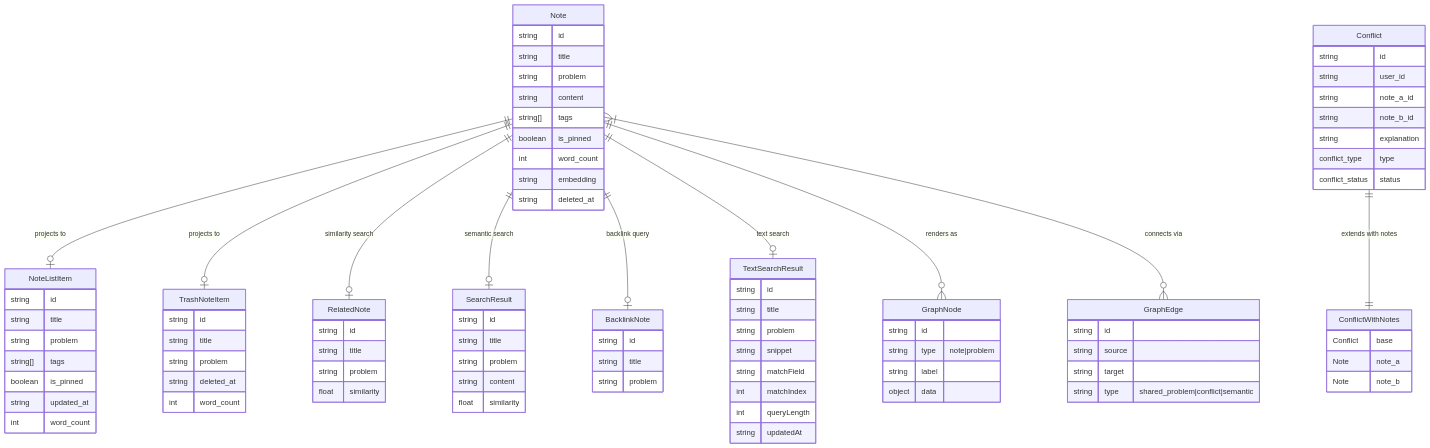
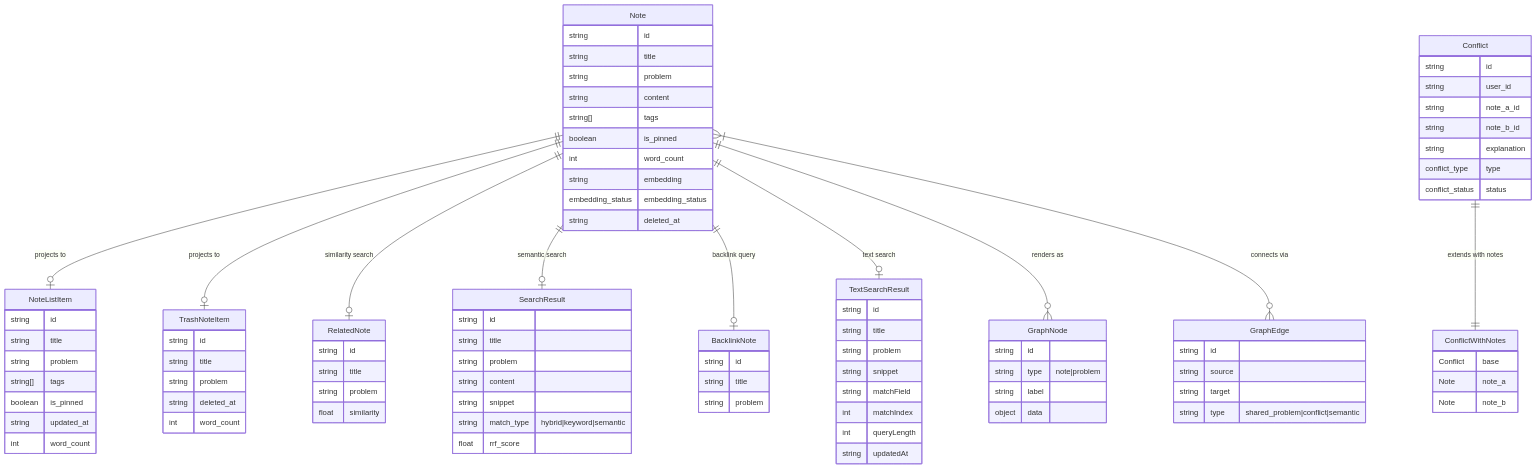
One commit to ForwardInfinity/pkm-ai-integration changed the second of 6 diagrams in DATA-MODEL.md. Above: the diagram before and after it, drawn with Mermaid. The commit also changed other lines of this file, not shown here.

```diff
--- a/DATA-MODEL.md
+++ b/DATA-MODEL.md
@@ -107,6 +147,7 @@
         boolean is_pinned
         int word_count
         string embedding
+        embedding_status embedding_status
         string deleted_at
     }
 
@@ -132,7 +173,9 @@
         string title
         string problem
         string content
-        float similarity
+        string snippet
+        string match_type "hybrid|keyword|semantic"
+        float rrf_score
     }
 
     BacklinkNote {
```
